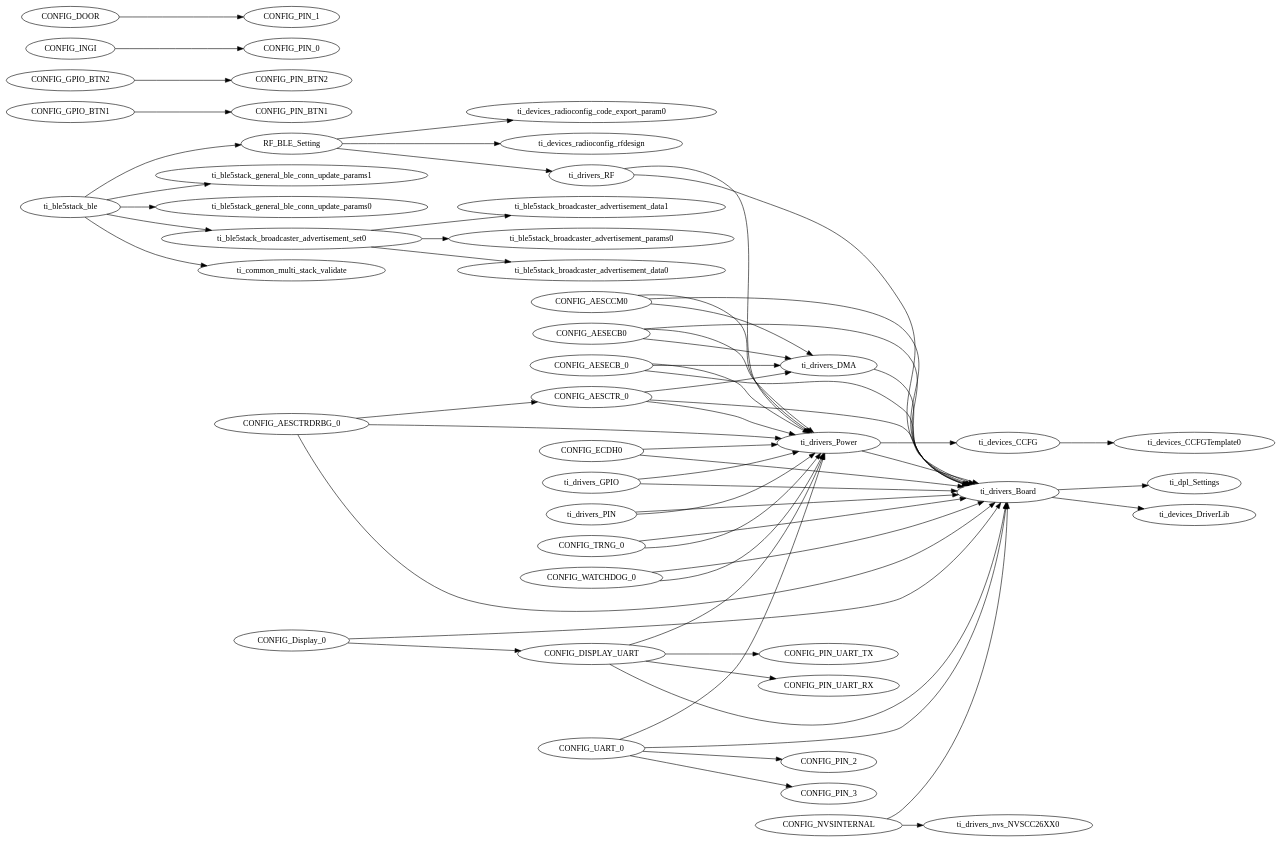
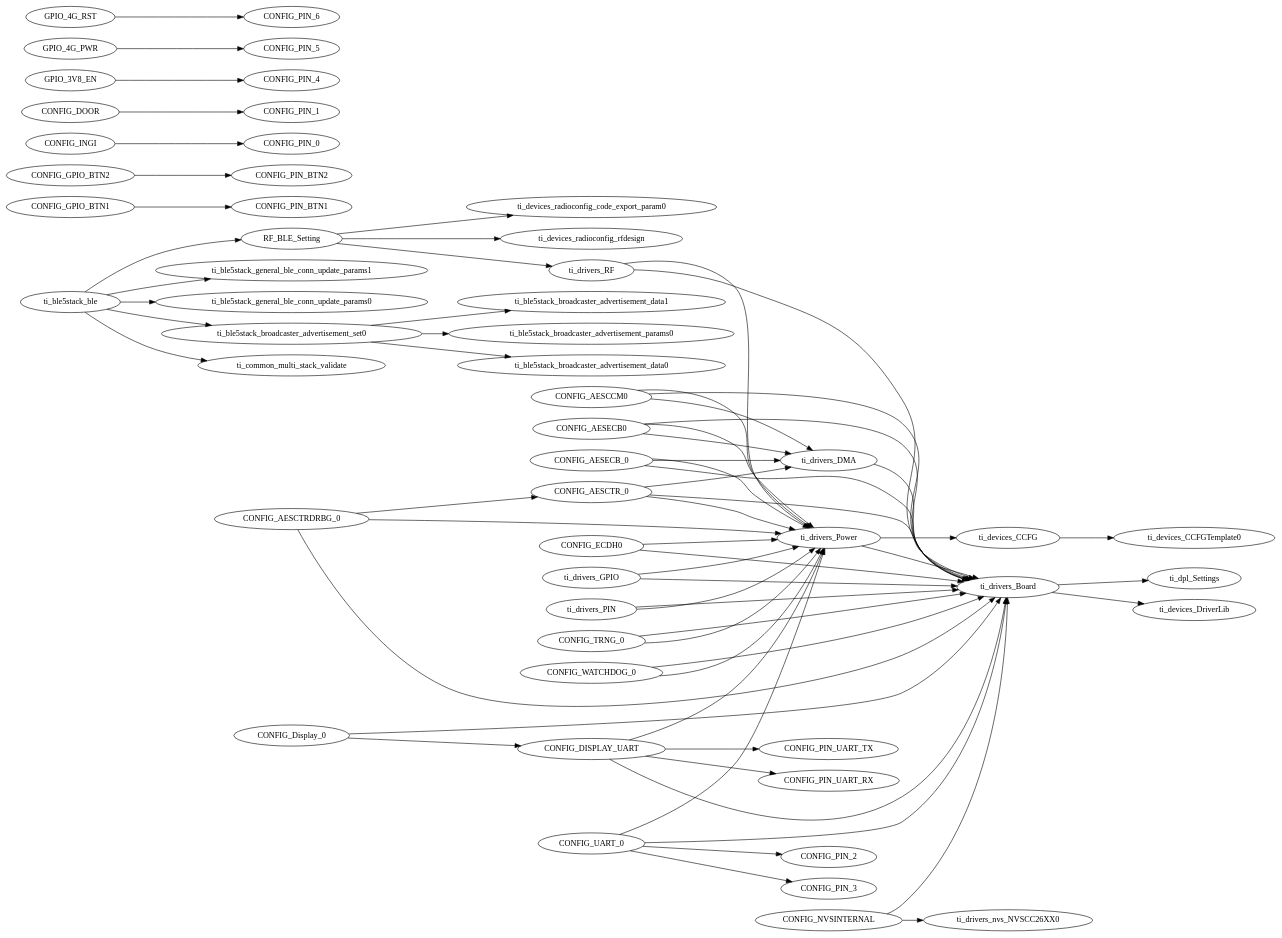
The diagram in src/IS006_OBDII_multi_role_CC13X2R1_LAUNCHXL_tirtos_ccs/Release/syscfg/ti_utils_runtime_model.gv (weliwang/IS006_OBDII), drawn with Graphviz before and after one commit. The commit also changed 10 other files, not shown here.

```diff
--- a/src/IS006_OBDII_multi_role_CC13X2R1_LAUNCHXL_tirtos_ccs/Release/syscfg/ti_utils_runtime_model.gv
+++ b/src/IS006_OBDII_multi_role_CC13X2R1_LAUNCHXL_tirtos_ccs/Release/syscfg/ti_utils_runtime_model.gv
@@ -1,126 +1,129 @@
 digraph Model
 {
     graph[rankdir=LR]
 
     // mod.$name=/ti/ble5stack/ble
     ti_ble5stack_ble -> ti_common_multi_stack_validate
     ti_ble5stack_ble -> RF_BLE_Setting
     ti_ble5stack_ble -> ti_ble5stack_general_ble_conn_update_params1
     ti_ble5stack_ble -> ti_ble5stack_general_ble_conn_update_params0
     ti_ble5stack_ble -> ti_ble5stack_broadcaster_advertisement_set0
 
     // mod.$name=/ti/ble5stack/broadcaster/advertisement_data
 
     // mod.$name=/ti/ble5stack/broadcaster/advertisement_params
 
     // mod.$name=/ti/ble5stack/broadcaster/advertisement_set
     ti_ble5stack_broadcaster_advertisement_set0 -> ti_ble5stack_broadcaster_advertisement_params0
     ti_ble5stack_broadcaster_advertisement_set0 -> ti_ble5stack_broadcaster_advertisement_data0
     ti_ble5stack_broadcaster_advertisement_set0 -> ti_ble5stack_broadcaster_advertisement_data1
 
     // mod.$name=/ti/ble5stack/general/ble_conn_update_params
 
     // mod.$name=/ti/common/multi_stack_validate
 
     // mod.$name=/ti/devices/CCFG
     ti_devices_CCFG -> ti_devices_CCFGTemplate0
 
     // mod.$name=/ti/devices/CCFGTemplate
 
     // mod.$name=/ti/devices/DriverLib
 
     // mod.$name=/ti/devices/radioconfig/code_export_param
 
     // mod.$name=/ti/devices/radioconfig/rfdesign
 
     // mod.$name=/ti/devices/radioconfig/settings/ble
     RF_BLE_Setting -> ti_drivers_RF
     RF_BLE_Setting -> ti_devices_radioconfig_rfdesign
     RF_BLE_Setting -> ti_devices_radioconfig_code_export_param0
 
     // mod.$name=/ti/display/Display
     CONFIG_Display_0 -> ti_drivers_Board
     CONFIG_Display_0 -> CONFIG_DISPLAY_UART
 
     // mod.$name=/ti/dpl/Settings
 
     // mod.$name=/ti/drivers/AESCCM
     CONFIG_AESCCM0 -> ti_drivers_DMA
     CONFIG_AESCCM0 -> ti_drivers_Power
     CONFIG_AESCCM0 -> ti_drivers_Board
 
     // mod.$name=/ti/drivers/AESCTR
     CONFIG_AESCTR_0 -> ti_drivers_DMA
     CONFIG_AESCTR_0 -> ti_drivers_Power
     CONFIG_AESCTR_0 -> ti_drivers_Board
 
     // mod.$name=/ti/drivers/AESCTRDRBG
     CONFIG_AESCTRDRBG_0 -> ti_drivers_Power
     CONFIG_AESCTRDRBG_0 -> ti_drivers_Board
     CONFIG_AESCTRDRBG_0 -> CONFIG_AESCTR_0
 
     // mod.$name=/ti/drivers/AESECB
     CONFIG_AESECB0 -> ti_drivers_DMA
     CONFIG_AESECB0 -> ti_drivers_Power
     CONFIG_AESECB0 -> ti_drivers_Board
     CONFIG_AESECB_0 -> ti_drivers_DMA
     CONFIG_AESECB_0 -> ti_drivers_Power
     CONFIG_AESECB_0 -> ti_drivers_Board
 
     // mod.$name=/ti/drivers/Board
     ti_drivers_Board -> ti_devices_DriverLib
     ti_drivers_Board -> ti_dpl_Settings
 
     // mod.$name=/ti/drivers/DMA
     ti_drivers_DMA -> ti_drivers_Board
 
     // mod.$name=/ti/drivers/ECDH
     CONFIG_ECDH0 -> ti_drivers_Power
     CONFIG_ECDH0 -> ti_drivers_Board
 
     // mod.$name=/ti/drivers/GPIO
     ti_drivers_GPIO -> ti_drivers_Power
     ti_drivers_GPIO -> ti_drivers_Board
     CONFIG_GPIO_BTN1 -> CONFIG_PIN_BTN1
     CONFIG_GPIO_BTN2 -> CONFIG_PIN_BTN2
     CONFIG_INGI -> CONFIG_PIN_0
     CONFIG_DOOR -> CONFIG_PIN_1
+    GPIO_3V8_EN -> CONFIG_PIN_4
+    GPIO_4G_PWR -> CONFIG_PIN_5
+    GPIO_4G_RST -> CONFIG_PIN_6
 
     // mod.$name=/ti/drivers/NVS
     CONFIG_NVSINTERNAL -> ti_drivers_Board
     CONFIG_NVSINTERNAL -> ti_drivers_nvs_NVSCC26XX0
 
     // mod.$name=/ti/drivers/PIN
     ti_drivers_PIN -> ti_drivers_Power
     ti_drivers_PIN -> ti_drivers_Board
 
     // mod.$name=/ti/drivers/Power
     ti_drivers_Power -> ti_devices_CCFG
     ti_drivers_Power -> ti_drivers_Board
 
     // mod.$name=/ti/drivers/RF
     ti_drivers_RF -> ti_drivers_Power
     ti_drivers_RF -> ti_drivers_Board
 
     // mod.$name=/ti/drivers/RTOS
 
     // mod.$name=/ti/drivers/TRNG
     CONFIG_TRNG_0 -> ti_drivers_Power
     CONFIG_TRNG_0 -> ti_drivers_Board
 
     // mod.$name=/ti/drivers/UART
     CONFIG_DISPLAY_UART -> ti_drivers_Power
     CONFIG_DISPLAY_UART -> ti_drivers_Board
     CONFIG_UART_0 -> ti_drivers_Power
     CONFIG_UART_0 -> ti_drivers_Board
     CONFIG_DISPLAY_UART -> CONFIG_PIN_UART_TX
     CONFIG_DISPLAY_UART -> CONFIG_PIN_UART_RX
     CONFIG_UART_0 -> CONFIG_PIN_2
     CONFIG_UART_0 -> CONFIG_PIN_3
 
     // mod.$name=/ti/drivers/Watchdog
     CONFIG_WATCHDOG_0 -> ti_drivers_Power
     CONFIG_WATCHDOG_0 -> ti_drivers_Board
 
     // mod.$name=/ti/drivers/nvs/NVSCC26XX
 }
```
